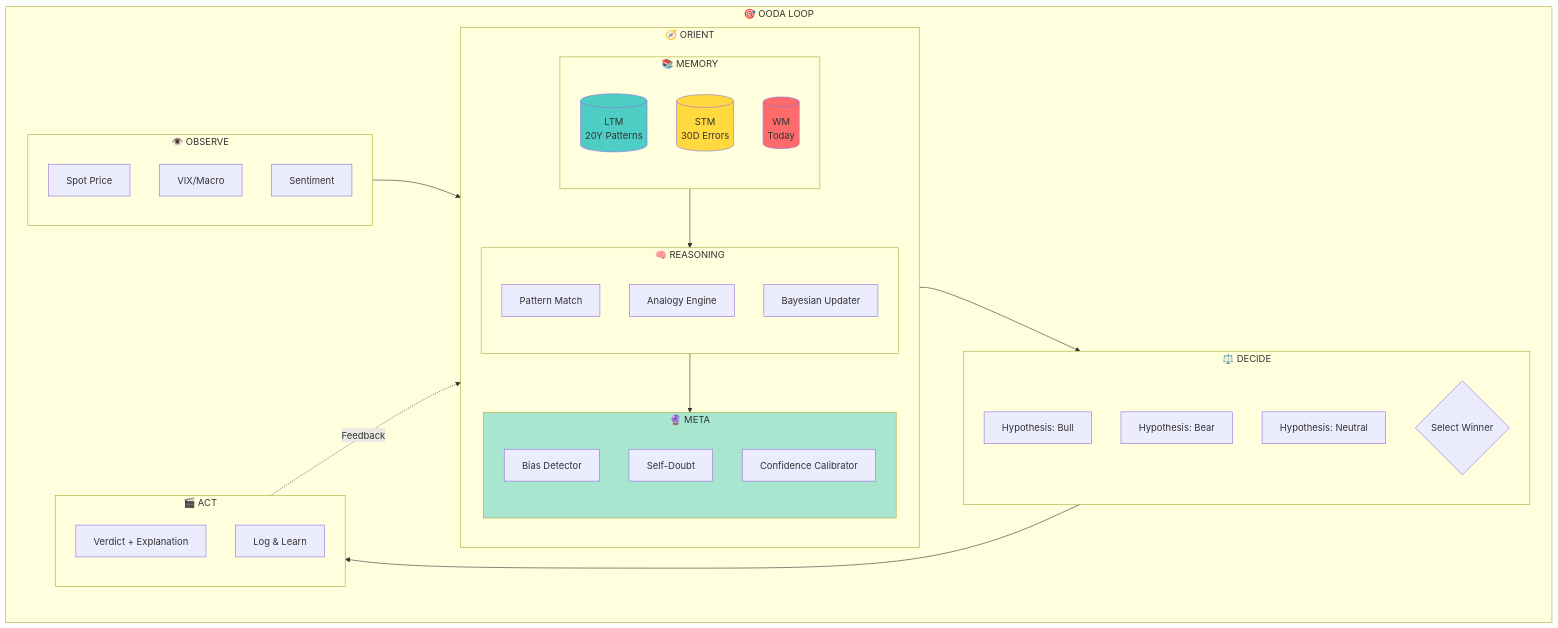
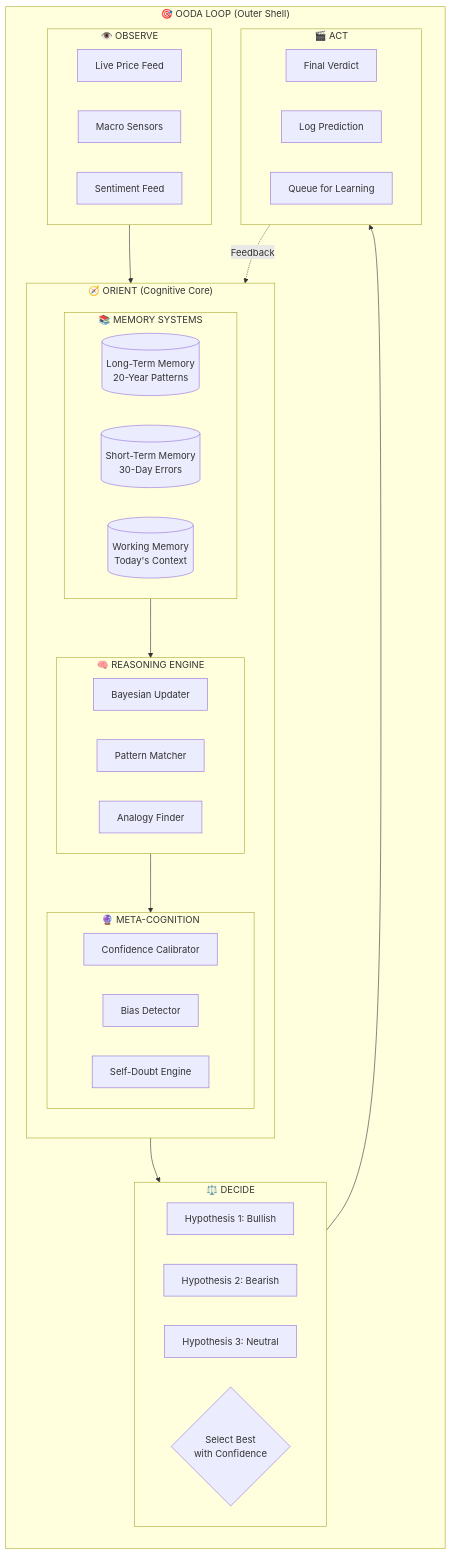
One commit to pravindev666/Tradyx-Aleph changed the third of 3 diagrams in README.md. Above: the diagram before and after it, drawn with Mermaid. The commit also changed other lines of this file, not shown here.

````diff
--- a/README.md
+++ b/README.md
@@ -165,55 +96,55 @@
 ```mermaid
 flowchart TB
-    subgraph OODA["🎯 OODA LOOP"]
+    subgraph OODA["🎯 OODA LOOP (Outer Shell)"]
+        direction TB
+        
         subgraph OBSERVE["👁️ OBSERVE"]
-            S1[Spot Price]
-            S2[VIX/Macro]
-            S3[Sentiment]
+            O1[Live Price Feed]
+            O2[Macro Sensors]
+            O3[Sentiment Feed]
         end
-
-        subgraph ORIENT["🧭 ORIENT"]
-            subgraph MEMORY["📚 MEMORY"]
-                LTM[("LTM<br/>20Y Patterns")]
-                STM[("STM<br/>30D Errors")]
-                WM[("WM<br/>Today")]
+        
+        subgraph ORIENT["🧭 ORIENT (Cognitive Core)"]
+            direction TB
+            
+            subgraph MEMORY["📚 MEMORY SYSTEMS"]
+                LTM[("Long-Term Memory<br/>20-Year Patterns")]
+                STM[("Short-Term Memory<br/>30-Day Errors")]
+                WM[("Working Memory<br/>Today's Context")]
             end
-
-            subgraph REASON["🧠 REASONING"]
-                PAT[Pattern Match]
-                ANA[Analogy Engine]
-                BAY[Bayesian Updater]
+            
+            subgraph REASONING["🧠 REASONING ENGINE"]
+                BAYES[Bayesian Updater]
+                PATTERN[Pattern Matcher]
+                ANALOGY[Analogy Finder]
             end
-
-            subgraph META["🔮 META"]
+            
+            subgraph META["🔮 META-COGNITION"]
+                CONFIDENCE[Confidence Calibrator]
                 BIAS[Bias Detector]
-                DOUBT[Self-Doubt]
-                CONF[Confidence Calibrator]
+                DOUBT[Self-Doubt Engine]
             end
-
-            MEMORY --> REASON
-            REASON --> META
+            
+            MEMORY --> REASONING
+            REASONING --> META
         end
-
+        
         subgraph DECIDE["⚖️ DECIDE"]
-            H1[Hypothesis: Bull]
-            H2[Hypothesis: Bear]
-            H3[Hypothesis: Neutral]
-            WIN{Select Winner}
+            V1[Hypothesis 1: Bullish]
+            V2[Hypothesis 2: Bearish]
+            V3[Hypothesis 3: Neutral]
+            WINNER{Select Best<br/>with Confidence}
         end
-
+        
         subgraph ACT["🎬 ACT"]
-            VERDICT[Verdict + Explanation]
-            LOG[Log & Learn]
+            VERDICT[Final Verdict]
+            LOG[Log Prediction]
+            LEARN[Queue for Learning]
         end
+        
+        OBSERVE --> ORIENT
+        ORIENT --> DECIDE
+        DECIDE --> ACT
+        ACT -.->|Feedback| ORIENT
     end
-
-    OBSERVE --> ORIENT
-    ORIENT --> DECIDE
-    DECIDE --> ACT
-    ACT -.->|Feedback| ORIENT
-
-    style LTM fill:#4ecdc4
-    style STM fill:#ffd93d
-    style WM fill:#ff6b6b
-    style META fill:#a8e6cf
 ```
````
